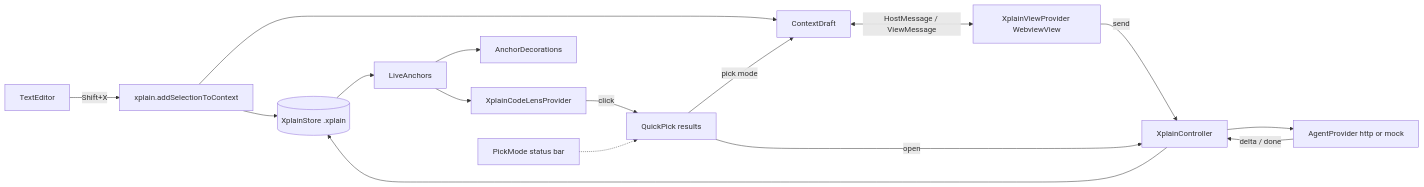
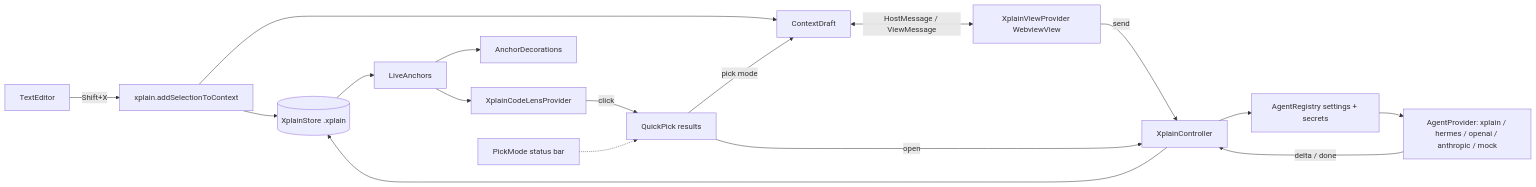
The diagram in docs/06-architecture.md (sisgrad/XPlain), drawn with Mermaid before and after one commit. The commit also changed other lines of this file and 25 other files, not shown here.

First line of the commit message:
Selectable agent providers: Hermes Agent, Anthropic, OpenAI/Codex, XPlain HTTP, mock

````diff
--- a/docs/06-architecture.md
+++ b/docs/06-architecture.md
@@ -5,18 +5,19 @@
 ```mermaid
 flowchart LR
   Editor[TextEditor] -->|Shift+X| AddCmd[xplain.addSelectionToContext]
   AddCmd --> Store[(XplainStore .xplain)]
   AddCmd --> Draft[ContextDraft]
   Draft <-->|HostMessage / ViewMessage| Panel[XplainViewProvider WebviewView]
   Panel -->|send| Controller[XplainController]
-  Controller --> Agent[AgentProvider http or mock]
+  Controller --> Registry[AgentRegistry settings + secrets]
+  Registry --> Agent[AgentProvider: xplain / hermes / openai / anthropic / mock]
   Agent -->|delta / done| Controller
   Controller --> Store
   Store --> Live[LiveAnchors]
   Live --> Lens[XplainCodeLensProvider]
   Live --> Deco[AnchorDecorations]
   Lens -->|click| QP[QuickPick results]
   QP -->|open| Controller
   QP -->|pick mode| Draft
   Pick[PickMode status bar] -.-> QP
 ```
````
